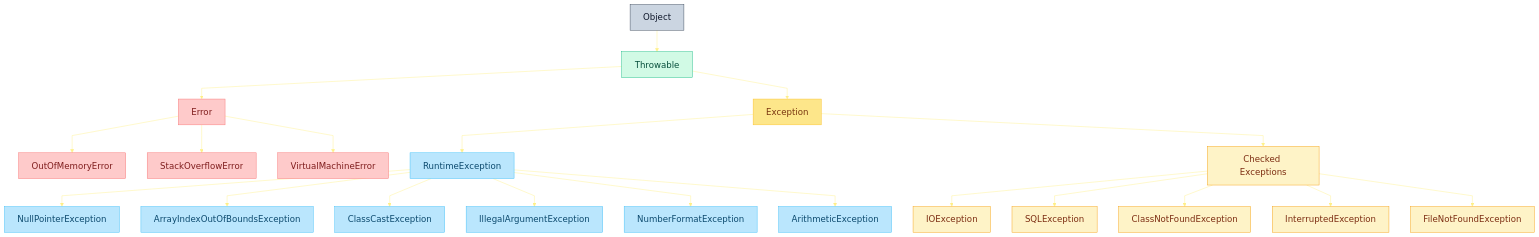
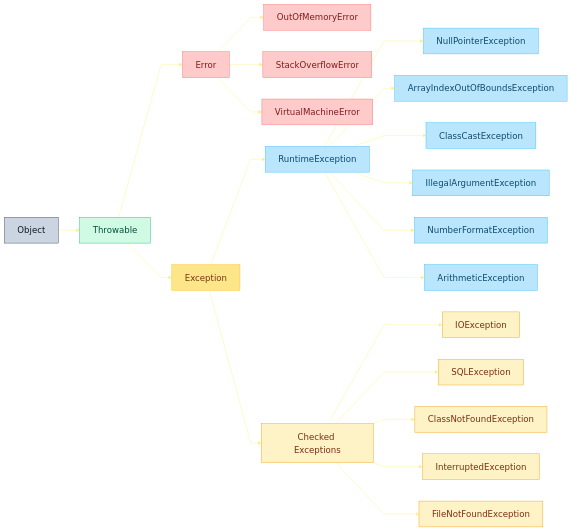
The diagram in til/2-3-exception-handling.md (jeongmo-bae/java-daily-study), drawn with Mermaid before and after one commit.

Commit message:
docs : upload TIL 2-3-exception-handling.md

````diff
--- a/til/2-3-exception-handling.md
+++ b/til/2-3-exception-handling.md
@@ -4,43 +4,43 @@
 ```mermaid
 %%{init:{
   "flowchart":{"curve":"linear"},
   "theme":"base",
   "themeVariables":{
     "fontSize":"20px",
     "lineColor":"#fef08a"
   }
 }}%%
 
-graph TD
+graph LR
     O[Object]:::root
     O --> T[Throwable]:::throwable
     T --> E[Error]:::error
     T --> X[Exception]:::exception
 
     E --> E1[OutOfMemoryError]:::error
     E --> E2[StackOverflowError]:::error
     E --> E3[VirtualMachineError]:::error
 
     X --> R[RuntimeException]:::runtime
     R --> R1[NullPointerException]:::runtime
     R --> R2[ArrayIndexOutOfBoundsException]:::runtime
     R --> R3[ClassCastException]:::runtime
     R --> R4[IllegalArgumentException]:::runtime
     R --> R5[NumberFormatException]:::runtime
     R --> R6[ArithmeticException]:::runtime
 
     X --> C[Checked Exceptions]:::checked
     C --> C1[IOException]:::checked
     C --> C2[SQLException]:::checked
     C --> C3[ClassNotFoundException]:::checked
     C --> C4[InterruptedException]:::checked
     C --> C5[FileNotFoundException]:::checked
 
 %% 스타일 정의 (파스텔톤)
     classDef root fill:#cbd5e1,stroke:#334155,color:#0f172a;
     classDef throwable fill:#d1fae5,stroke:#10b981,color:#064e3b;
     classDef error fill:#fecaca,stroke:#f87171,color:#7f1d1d;
     classDef exception fill:#fde68a,stroke:#fbbf24,color:#78350f;
     classDef runtime fill:#bae6fd,stroke:#38bdf8,color:#0c4a6e;
     classDef checked fill:#fef3c7,stroke:#f59e0b,color:#7c2d12;
 ```
````
